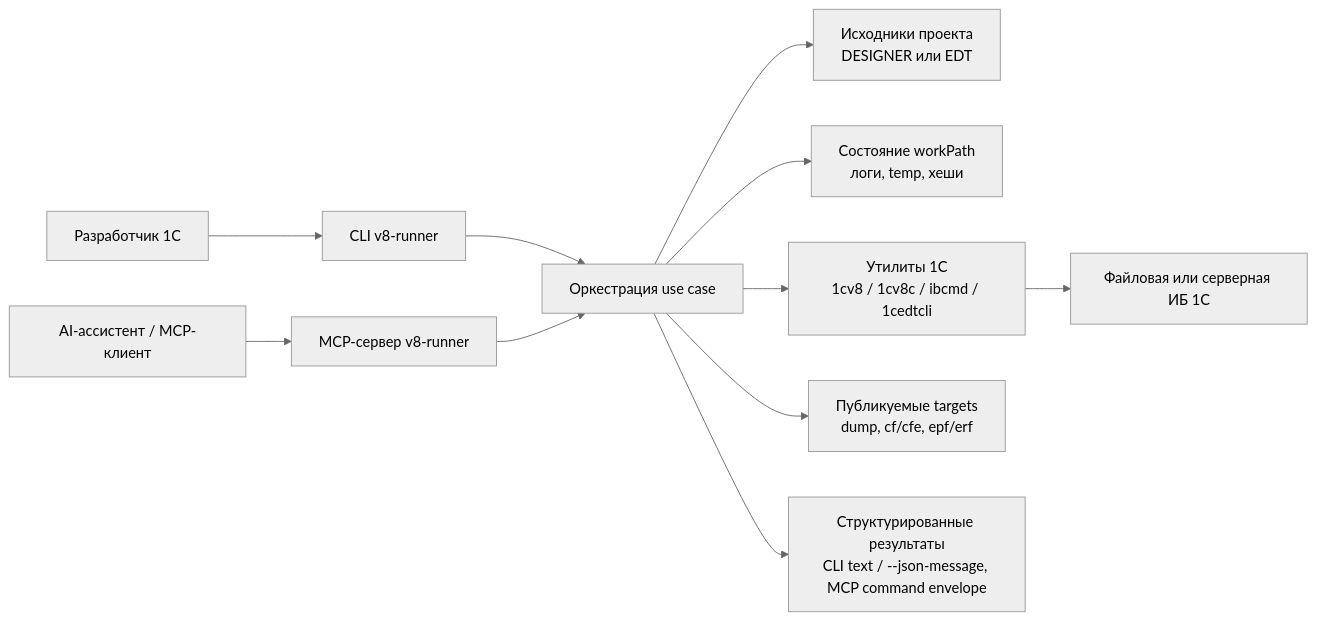
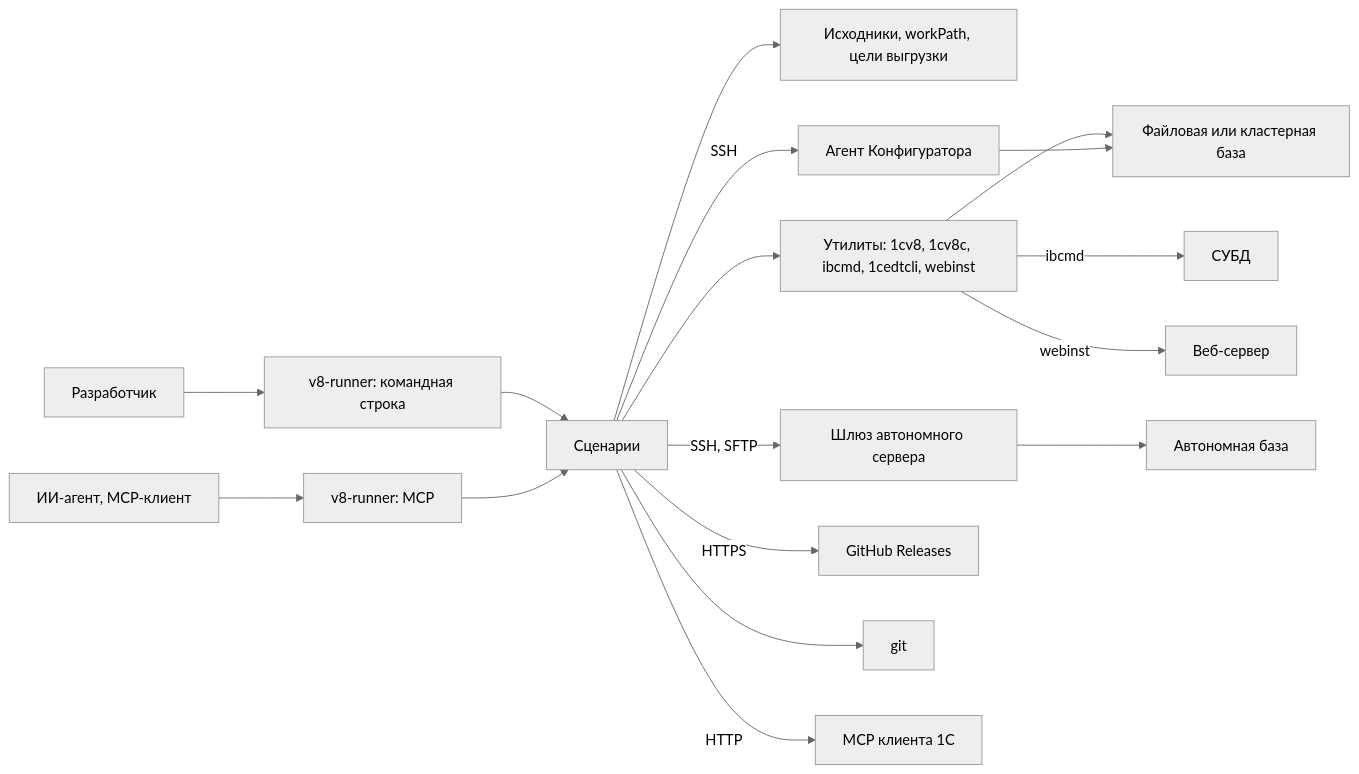
The diagram in spec/arc42/03-context-and-scope.md (IngvarConsulting/v8-runner-rust), drawn with Mermaid (neutral theme) before and after one commit. The commit also changed other lines of this file and 28 other files, not shown here.

First line of the commit message:
docs(arc42): описание сверено с кодом, карта модулей одна — ARCHITECTURE.md снят (#292)

````diff
--- a/spec/arc42/03-context-and-scope.md
+++ b/spec/arc42/03-context-and-scope.md
@@ -7,13 +3,18 @@
 ```mermaid
 flowchart LR
-    Developer["Разработчик 1С"] --> CLI["CLI v8-runner"]
-    Assistant["AI-ассистент / MCP-клиент"] --> MCP["MCP-сервер v8-runner"]
-    CLI --> Core["Оркестрация use case"]
-    MCP --> Core
-    Core --> Sources["Исходники проекта\nDESIGNER или EDT"]
-    Core --> Work["Состояние workPath\nлоги, temp, хеши"]
-    Core --> Utilities["Утилиты 1С\n1cv8 / 1cv8c / ibcmd / 1cedtcli"]
-    Utilities --> Infobase["Файловая или серверная ИБ 1С"]
-    Core --> Targets["Публикуемые targets\ndump, cf/cfe, epf/erf"]
-    Core --> Reports["Структурированные результаты\nCLI text / --json-message, MCP command envelope"]
+    Dev["Разработчик"] --> CLI["v8-runner: командная строка"]
+    Bot["ИИ-агент, MCP-клиент"] --> MCP["v8-runner: MCP"]
+    CLI & MCP --> Core["Сценарии"]
+    Core --> FS["Исходники, workPath, цели выгрузки"]
+    Core --> Tools["Утилиты: 1cv8, 1cv8c, ibcmd, 1cedtcli, webinst"]
+    Core -->|SSH| DAgent["Агент Конфигуратора"]
+    Core -->|"SSH, SFTP"| Gate["Шлюз автономного сервера"]
+    Core -->|HTTPS| GH["GitHub Releases"]
+    Core --> Git["git"]
+    Core -->|HTTP| CMCP["MCP клиента 1С"]
+    Tools --> IB["Файловая или кластерная база"]
+    Tools -->|ibcmd| DBMS["СУБД"]
+    Tools -->|webinst| Web["Веб-сервер"]
+    DAgent --> IB
+    Gate --> SIB["Автономная база"]
 ```
````
